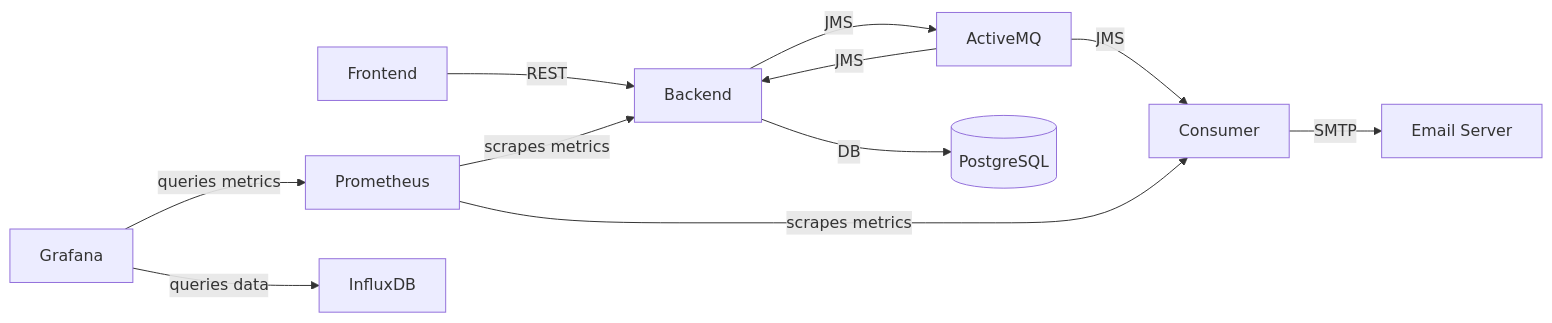
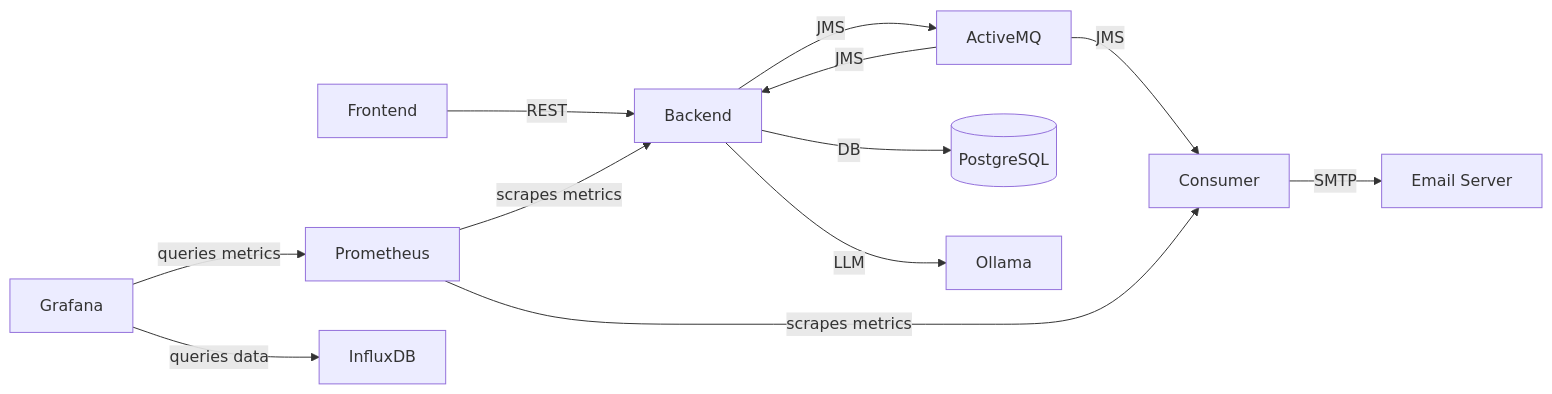
Before and after one commit to slawekradzyminski/awesome-localstack: the diagram in README.md, drawn with Mermaid. The commit also changed other lines of this file and 5 other files, not shown here.

````diff
--- a/README.md
+++ b/README.md
@@ -10,24 +10,26 @@
 ```mermaid
 flowchart LR
     F[Frontend]
     B[Backend]
     MQ[ActiveMQ]
     C[Consumer]
     E[Email Server]
     DB[(PostgreSQL)]
     PM[Prometheus]
     IDB[InfluxDB]
     GF[Grafana]
+    O[Ollama]
 
     F -- REST --> B
     B -- JMS --> MQ
     MQ -- JMS --> B
     MQ -- JMS --> C
     C -- SMTP --> E
     B -- DB --> DB
+    B -- LLM --> O
 
     PM -- "scrapes metrics" --> B
     PM -- "scrapes metrics" --> C
     GF -- "queries metrics" --> PM
     GF -- "queries data" --> IDB
 ```
````
